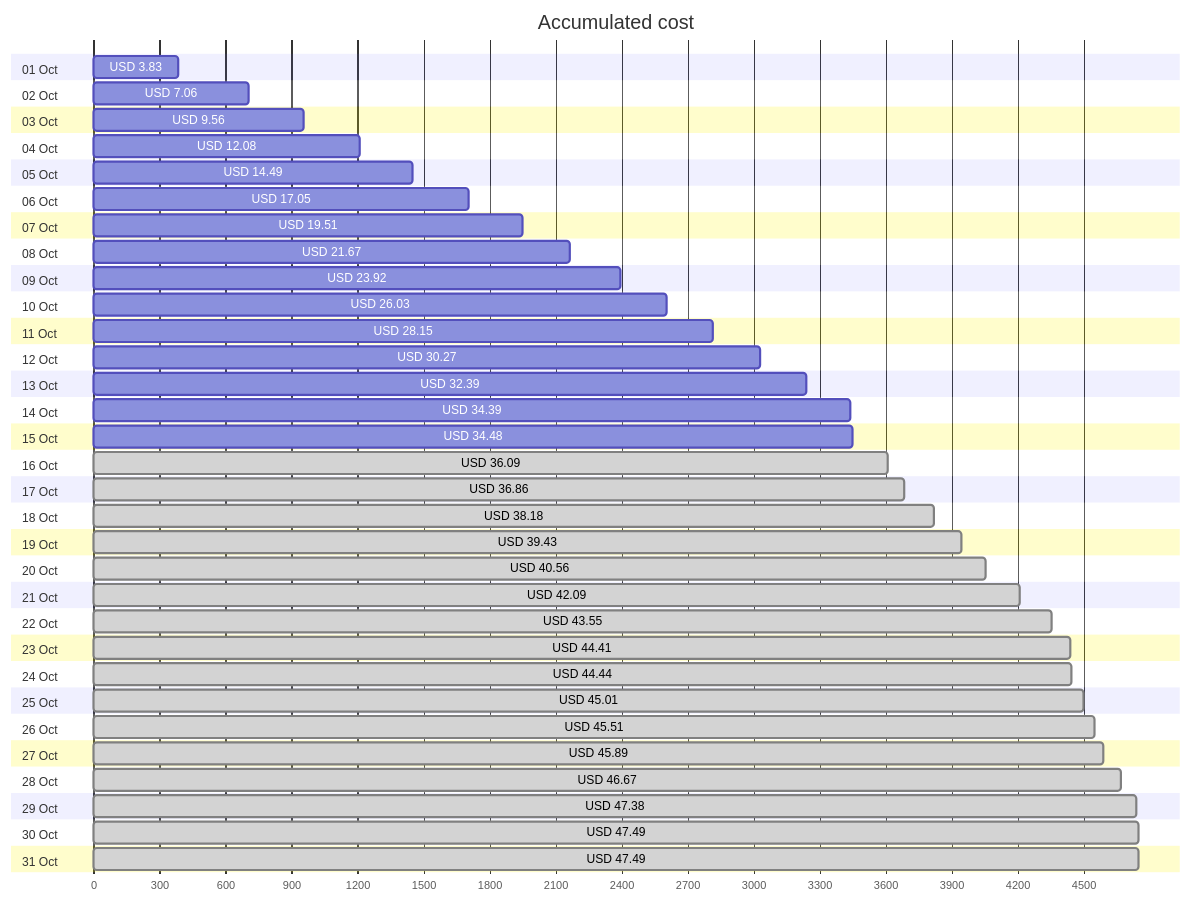
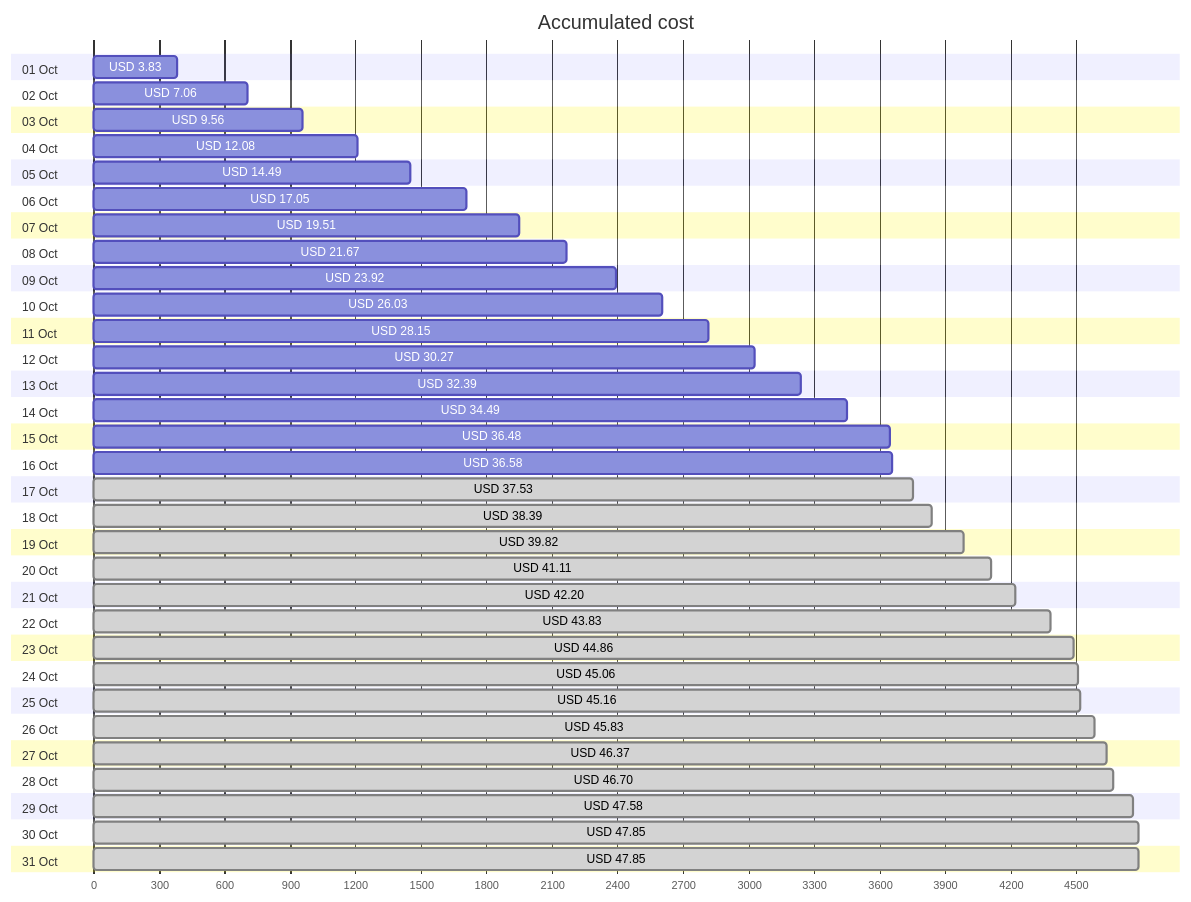
The first of 4 diagrams in cost-reports/accumulated-cost.md (jpfulton/azure-personal-reports), drawn with Mermaid before and after one commit. The commit also changed other lines of this file and 4 other files, not shown here.

````diff
--- a/cost-reports/accumulated-cost.md
+++ b/cost-reports/accumulated-cost.md
@@ -20,68 +20,68 @@
 ```mermaid
 gantt
    title Accumulated cost
    dateFormat  X
    axisFormat %s
    section 01 Oct
    USD 3.83 :0, 383
    section 02 Oct
    USD 7.06 :0, 706
    section 03 Oct
    USD 9.56 :0, 956
    section 04 Oct
    USD 12.08 :0, 1208
    section 05 Oct
    USD 14.49 :0, 1449
    section 06 Oct
    USD 17.05 :0, 1705
    section 07 Oct
    USD 19.51 :0, 1951
    section 08 Oct
    USD 21.67 :0, 2167
    section 09 Oct
    USD 23.92 :0, 2392
    section 10 Oct
    USD 26.03 :0, 2603
    section 11 Oct
    USD 28.15 :0, 2815
    section 12 Oct
    USD 30.27 :0, 3027
    section 13 Oct
    USD 32.39 :0, 3239
    section 14 Oct
-   USD 34.39 :0, 3439
+   USD 34.49 :0, 3449
    section 15 Oct
-   USD 34.48 :0, 3448
+   USD 36.48 :0, 3648
    section 16 Oct
-   USD 36.09 : done, 0, 3609
+   USD 36.58 :0, 3658
    section 17 Oct
-   USD 36.86 : done, 0, 3686
+   USD 37.53 : done, 0, 3753
    section 18 Oct
-   USD 38.18 : done, 0, 3818
+   USD 38.39 : done, 0, 3839
    section 19 Oct
-   USD 39.43 : done, 0, 3943
+   USD 39.82 : done, 0, 3982
    section 20 Oct
-   USD 40.56 : done, 0, 4056
+   USD 41.11 : done, 0, 4111
    section 21 Oct
-   USD 42.09 : done, 0, 4209
+   USD 42.20 : done, 0, 4220
    section 22 Oct
-   USD 43.55 : done, 0, 4355
+   USD 43.83 : done, 0, 4383
    section 23 Oct
-   USD 44.41 : done, 0, 4441
+   USD 44.86 : done, 0, 4486
    section 24 Oct
-   USD 44.44 : done, 0, 4444
+   USD 45.06 : done, 0, 4506
    section 25 Oct
-   USD 45.01 : done, 0, 4501
+   USD 45.16 : done, 0, 4516
    section 26 Oct
-   USD 45.51 : done, 0, 4551
+   USD 45.83 : done, 0, 4583
    section 27 Oct
-   USD 45.89 : done, 0, 4589
+   USD 46.37 : done, 0, 4637
    section 28 Oct
-   USD 46.67 : done, 0, 4667
+   USD 46.70 : done, 0, 4670
    section 29 Oct
-   USD 47.38 : done, 0, 4738
+   USD 47.58 : done, 0, 4758
    section 30 Oct
-   USD 47.49 : done, 0, 4749
+   USD 47.85 : done, 0, 4785
    section 31 Oct
-   USD 47.49 : done, 0, 4749
+   USD 47.85 : done, 0, 4785
 ```
````
